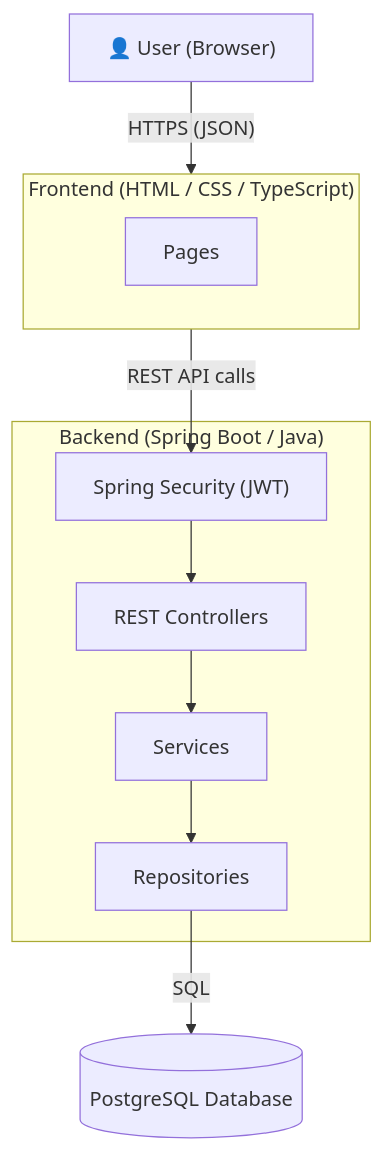
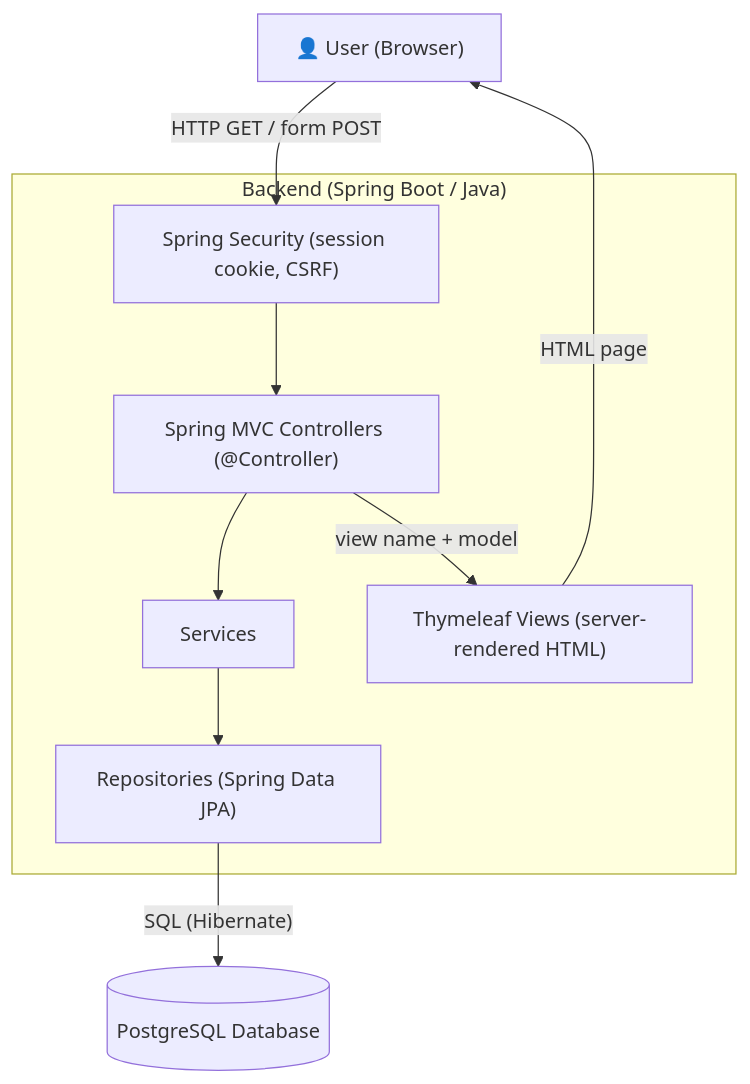
The first of 4 diagrams in CONTRIBUTING.md (ebouchut/learn-dev), drawn with Mermaid before and after one commit. The commit also changed other lines of this file, not shown here.

First line of the commit message:
docs(contributing): Align architecture diagrams with the server-rendered app

````diff
--- a/CONTRIBUTING.md
+++ b/CONTRIBUTING.md
@@ -56,24 +56,22 @@
 ```mermaid
 graph TD
     U["👤 User (Browser)"]
 
-    subgraph FE["Frontend (HTML / CSS / TypeScript)"]
-        Pages["Pages"]
-    end
-
     subgraph BE["Backend (Spring Boot / Java)"]
-        Controllers["REST Controllers"]
+        Security["Spring Security (session cookie, CSRF)"]
+        Controllers["Spring MVC Controllers (@Controller)"]
         Services["Services"]
-        Repositories["Repositories"]
-        Security["Spring Security (JWT)"]
+        Repositories["Repositories (Spring Data JPA)"]
+        Views["Thymeleaf Views (server-rendered HTML)"]
     end
 
     DB[("PostgreSQL Database")]
 
-    U -->|"HTTPS (JSON)"| FE
-    FE -->|"REST API calls"| Security
+    U -->|"HTTP GET / form POST"| Security
     Security --> Controllers
     Controllers --> Services
     Services --> Repositories
-    Repositories -->|"SQL"| DB
+    Repositories -->|"SQL (Hibernate)"| DB
+    Controllers -->|"view name + model"| Views
+    Views -->|"HTML page"| U
 ```
````
